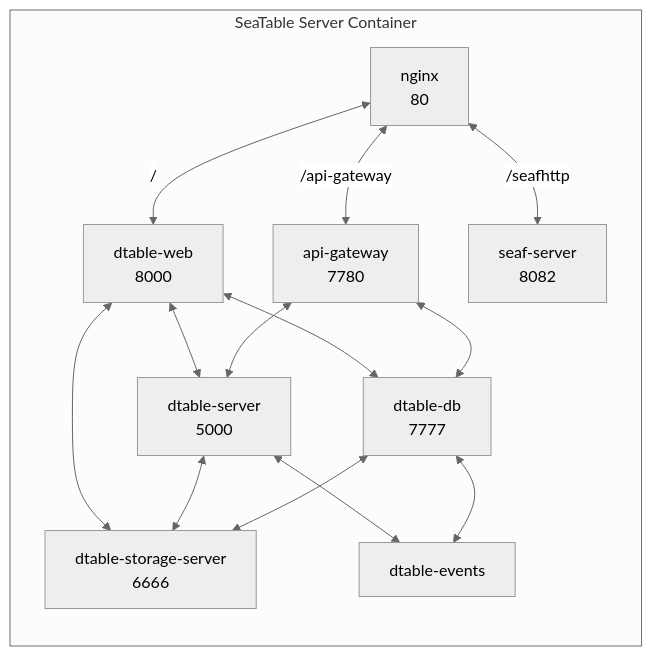
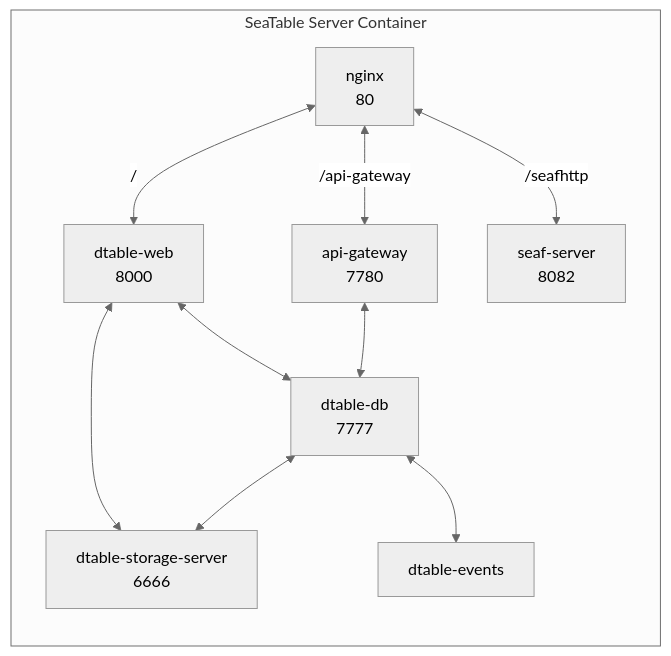
Before and after one commit to seatable/seatable-admin-docs: the third of 3 diagrams in docs/introduction/architecture.md, drawn with Mermaid (neutral theme). The commit also changed other lines of this file and 15 other files, not shown here.

````diff
--- a/docs/introduction/architecture.md
+++ b/docs/introduction/architecture.md
@@ -93,25 +111,20 @@
 ```mermaid
 flowchart LR
     subgraph s[SeaTable Server Container]
         A[nginx<br/>80]
         B[dtable-web<br/>8000]
-        C[dtable-server<br/>5000]
         D[dtable-db<br/>7777]
         E[api-gateway<br/>7780]
         F[dtable-storage-server<br/>6666]
         G[dtable-events]
         H[seaf-server<br/>8082]
         A<-- / -->B
         A<-- /api-gateway -->E
         A<-- /seafhttp -->H
-        B<-->C
         B<-->D
         B<-->F
-        E<-->C
         E<-->D
-        C<-->F
-        C<-->G
         D<-->F
         D<-->G
     end
 ```
````
